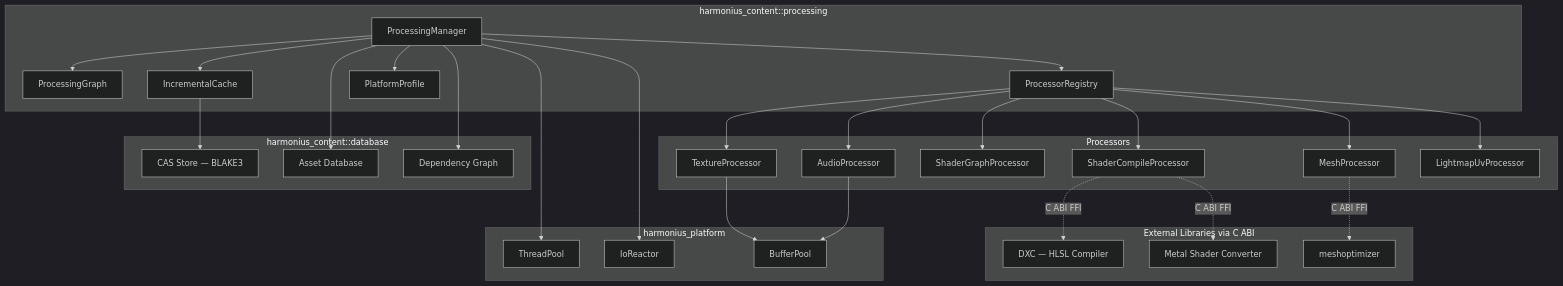
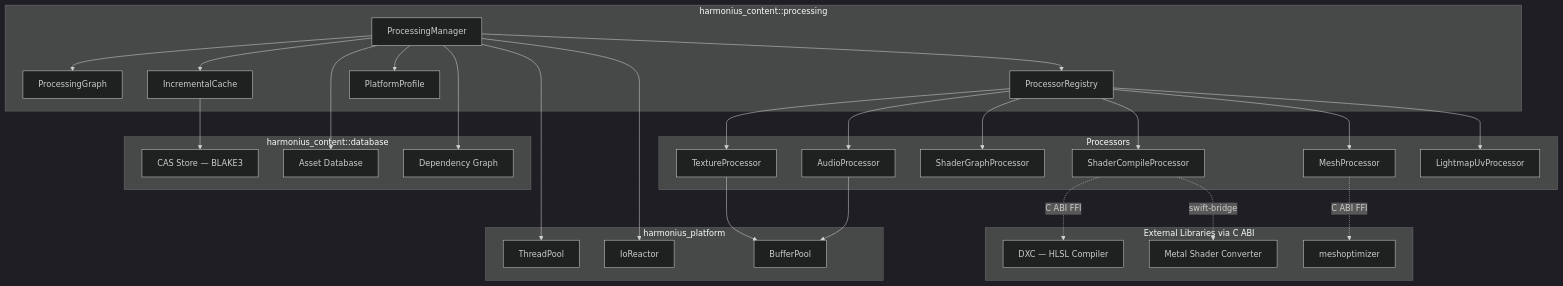
Before and after one commit to harmonius-dev/harmonius: the first of 8 diagrams in docs/design/content-pipeline/processing.md, drawn with Mermaid (dark theme). The commit also changed other lines of this file and 582 other files, not shown here.

````diff
--- a/docs/design/content-pipeline/processing.md
+++ b/docs/design/content-pipeline/processing.md
@@ -80,61 +80,61 @@
 ```mermaid
 graph TD
     subgraph "harmonius_content::processing"
         PM[ProcessingManager]
         PG[ProcessingGraph]
         PR[ProcessorRegistry]
         IC[IncrementalCache]
         PP[PlatformProfile]
     end
 
     subgraph "Processors"
         TX[TextureProcessor]
         MO[MeshProcessor]
         SG[ShaderGraphProcessor]
         SC[ShaderCompileProcessor]
         AU[AudioProcessor]
         LM[LightmapUvProcessor]
     end
 
     subgraph "External Libraries via C ABI"
         DXC[DXC — HLSL Compiler]
         MSC[Metal Shader Converter]
         MOP[meshoptimizer]
     end
 
     subgraph "harmonius_platform"
         TP[ThreadPool]
         RE[IoReactor]
         BP[BufferPool]
     end
 
     subgraph "harmonius_content::database"
         CAS[CAS Store — BLAKE3]
         ADB[Asset Database]
         DEP[Dependency Graph]
     end
 
     PM --> PG
     PM --> PR
     PM --> IC
     PM --> PP
     PR --> TX
     PR --> MO
     PR --> SG
     PR --> SC
     PR --> AU
     PR --> LM
 
     SC -.->|"C ABI FFI"| DXC
-    SC -.->|"C ABI FFI"| MSC
+    SC -.->|"swift-bridge"| MSC
     MO -.->|"C ABI FFI"| MOP
 
     PM --> TP
     PM --> RE
     TX --> BP
     AU --> BP
 
     IC --> CAS
     PM --> ADB
     PM --> DEP
 ```
````
